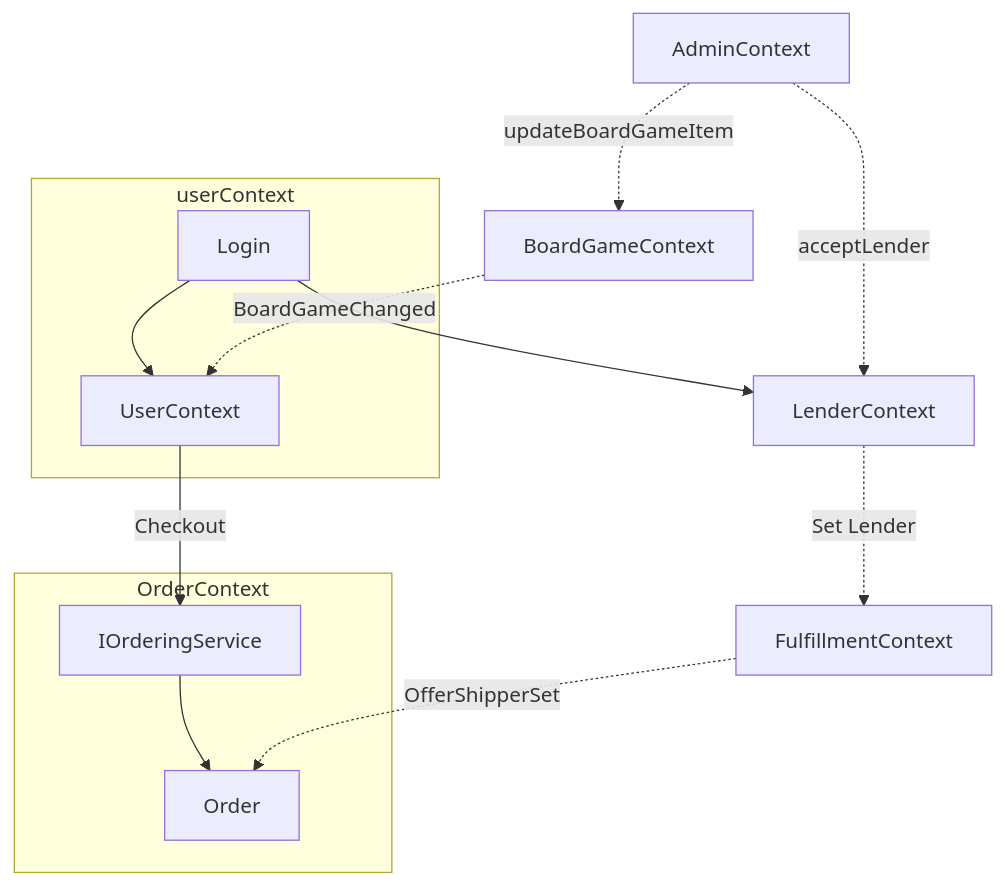
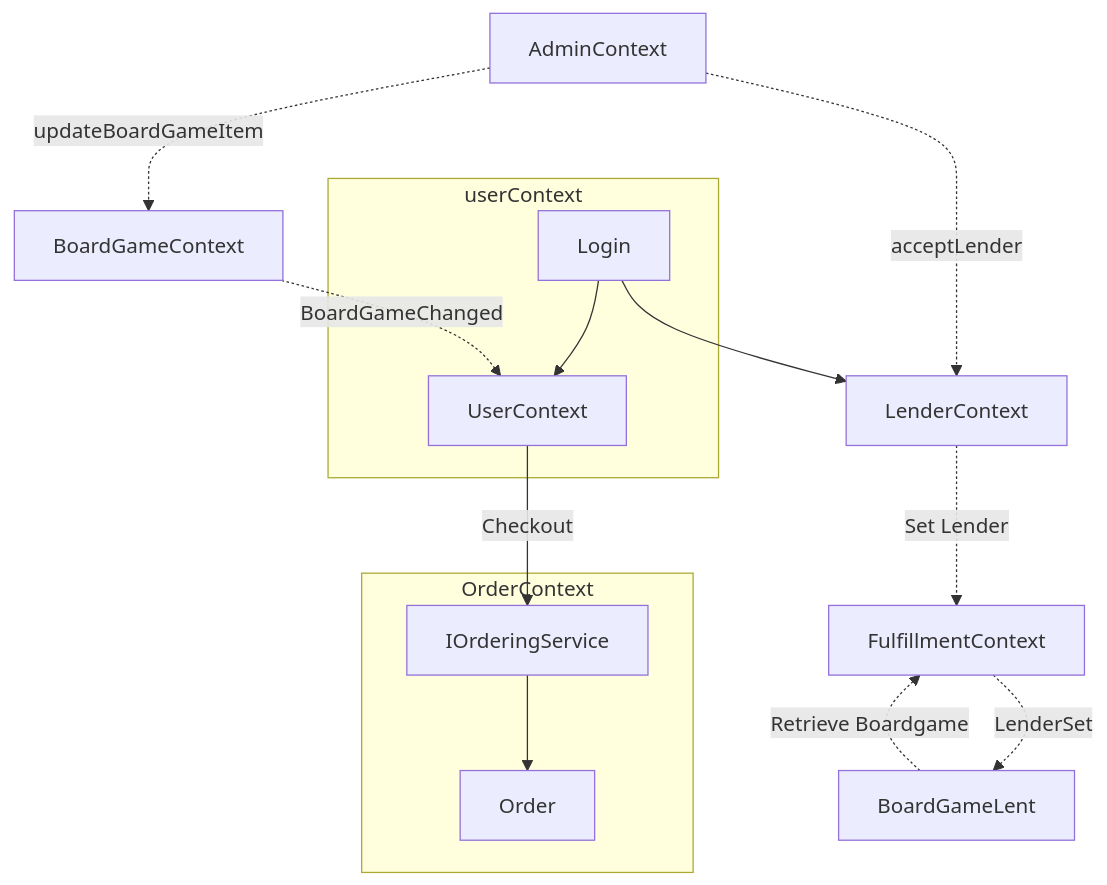
The diagram in Utlån_Konvensjonell/Utlånssystem_Konvensjonell/Design.md (Mancorl/Datbac-Prosjekt), drawn with Mermaid before and after one commit.

Commit message:
FLowchart ferdig?

````diff
--- a/Utlån_Konvensjonell/Utlånssystem_Konvensjonell/Design.md
+++ b/Utlån_Konvensjonell/Utlånssystem_Konvensjonell/Design.md
@@ -3,25 +3,26 @@
 ```mermaid
 flowchart TB
  subgraph OrderContext["OrderContext"]
         Order["Order"]
         IOrderingService["IOrderingService"]
   end
   subgraph userContext
     login[Login] 
     login --> user[UserContext] 
   end
     
     login --> Lender[LenderContext]  
 
     admin[AdminContext] -. updateBoardGameItem .-> BoardGameContext
     admin -. acceptLender .-> Lender
 
     BoardGameContext["BoardGameContext"] -. BoardGameChanged .-> user
     user -- Checkout --> IOrderingService
     IOrderingService --> Order
 
     Lender -. Set Lender .-> FulfillmentContext
 
-    FulfillmentContext -. OfferShipperSet .-> Order
+    FulfillmentContext -. LenderSet .-> BoardGameLent
+    BoardGameLent -. Retrieve Boardgame .-> FulfillmentContext
 
 ```
````
